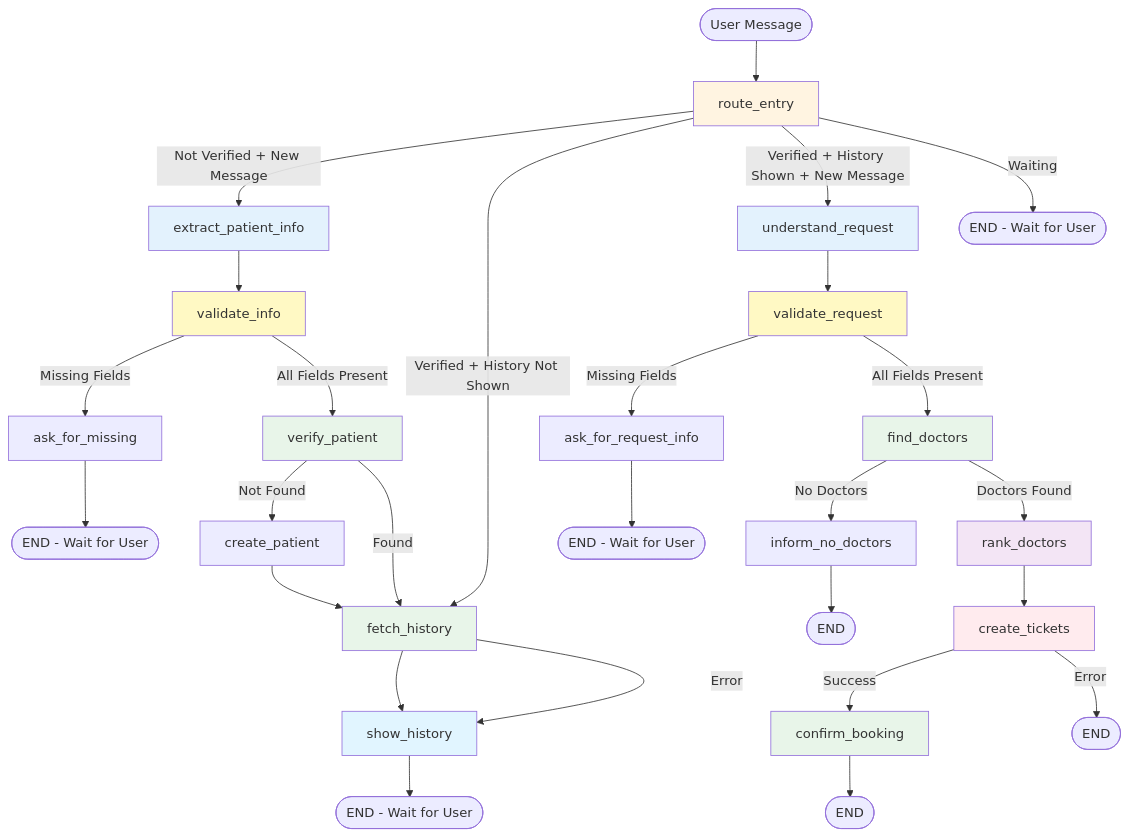
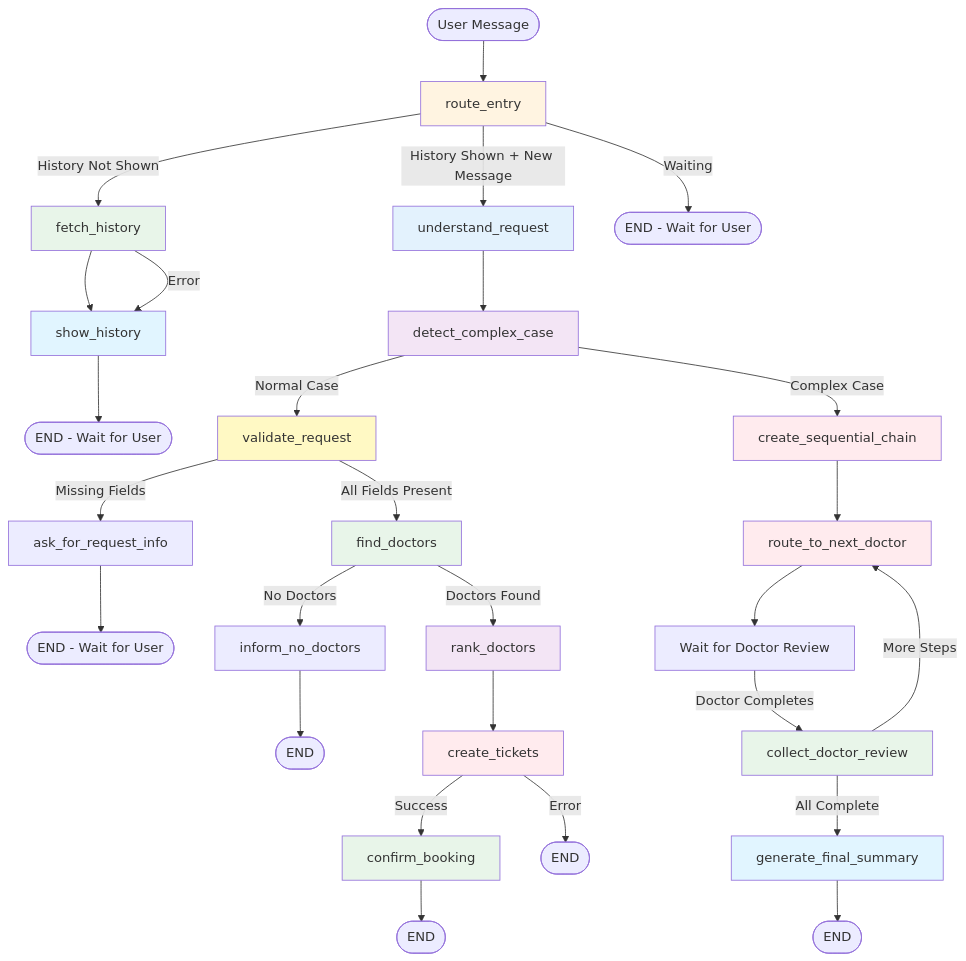
The third of 3 diagrams in docs/WORKFLOW_DOCUMENTATION.md (vidhan1905/AutonomousHacks26), drawn with Mermaid before and after one commit. The commit also changed other lines of this file and 1 other file, not shown here.

First line of the commit message:
Update workflow documentation and visualization for sequential review enhancements

````diff
--- a/docs/WORKFLOW_DOCUMENTATION.md
+++ b/docs/WORKFLOW_DOCUMENTATION.md
@@ -275,49 +273,51 @@
 ```mermaid
 graph TD
     Start([User Message]) --> Entry[route_entry]
     
-    Entry -->|Not Verified + New Message| Extract[extract_patient_info]
-    Entry -->|Verified + History Not Shown| Fetch[fetch_history]
-    Entry -->|Verified + History Shown + New Message| Understand[understand_request]
+    Entry -->|History Not Shown| Fetch[fetch_history]
+    Entry -->|History Shown + New Message| Understand[understand_request]
     Entry -->|Waiting| End1([END - Wait for User])
-    
-    Extract --> Validate[validate_info]
-    Validate -->|Missing Fields| AskMissing[ask_for_missing]
-    Validate -->|All Fields Present| Verify[verify_patient]
-    AskMissing --> End2([END - Wait for User])
-    
-    Verify -->|Not Found| Create[create_patient]
-    Verify -->|Found| Fetch
-    Create --> Fetch
     
     Fetch --> Show[show_history]
     Fetch -->|Error| Show
-    Show --> End3([END - Wait for User])
+    Show --> End2([END - Wait for User])
     
-    Understand --> VRequest[validate_request]
+    Understand --> Detect[detect_complex_case]
+    Detect -->|Normal Case| VRequest[validate_request]
+    Detect -->|Complex Case| CreateChain[create_sequential_chain]
+    
     VRequest -->|Missing Fields| AskRequest[ask_for_request_info]
     VRequest -->|All Fields Present| Find[find_doctors]
-    AskRequest --> End4([END - Wait for User])
+    AskRequest --> End3([END - Wait for User])
     
     Find -->|No Doctors| NoDoctors[inform_no_doctors]
     Find -->|Doctors Found| Rank[rank_doctors]
-    NoDoctors --> End5([END])
+    NoDoctors --> End4([END])
     
     Rank --> Tickets[create_tickets]
     Tickets -->|Success| Confirm[confirm_booking]
-    Tickets -->|Error| End6([END])
-    Confirm --> End7([END])
+    Tickets -->|Error| End5([END])
+    Confirm --> End6([END])
+    
+    CreateChain --> RouteDoc[route_to_next_doctor]
+    RouteDoc --> WaitReview[Wait for Doctor Review]
+    WaitReview -->|Doctor Completes| CollectReview[collect_doctor_review]
+    CollectReview -->|More Steps| RouteDoc
+    CollectReview -->|All Complete| FinalSummary[generate_final_summary]
+    FinalSummary --> End7([END])
     
     style Entry fill:#fff4e1
-    style Extract fill:#e3f2fd
-    style Validate fill:#fff9c4
-    style Verify fill:#e8f5e9
     style Fetch fill:#e8f5e9
     style Show fill:#e1f5ff
     style Understand fill:#e3f2fd
+    style Detect fill:#f3e5f5
+    style CreateChain fill:#ffebee
+    style RouteDoc fill:#ffebee
+    style CollectReview fill:#e8f5e9
+    style FinalSummary fill:#e1f5ff
     style VRequest fill:#fff9c4
     style Find fill:#e8f5e9
     style Rank fill:#f3e5f5
     style Tickets fill:#ffebee
     style Confirm fill:#e8f5e9
 ```
````
